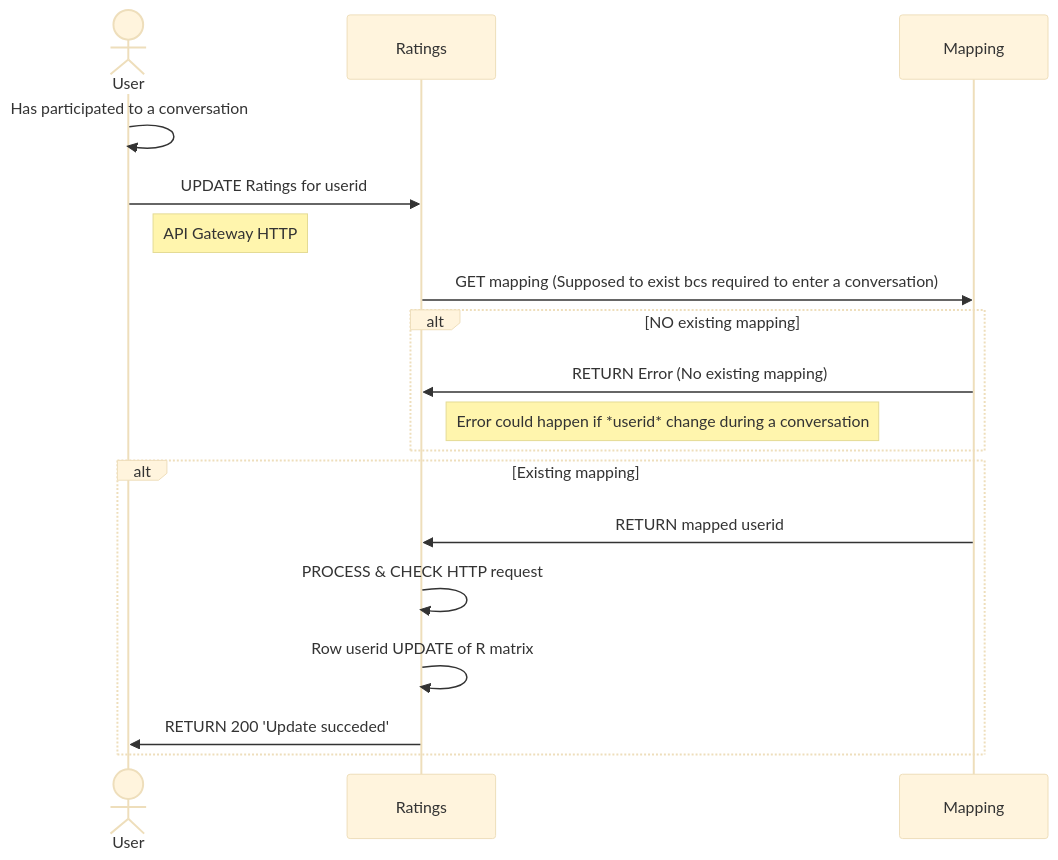
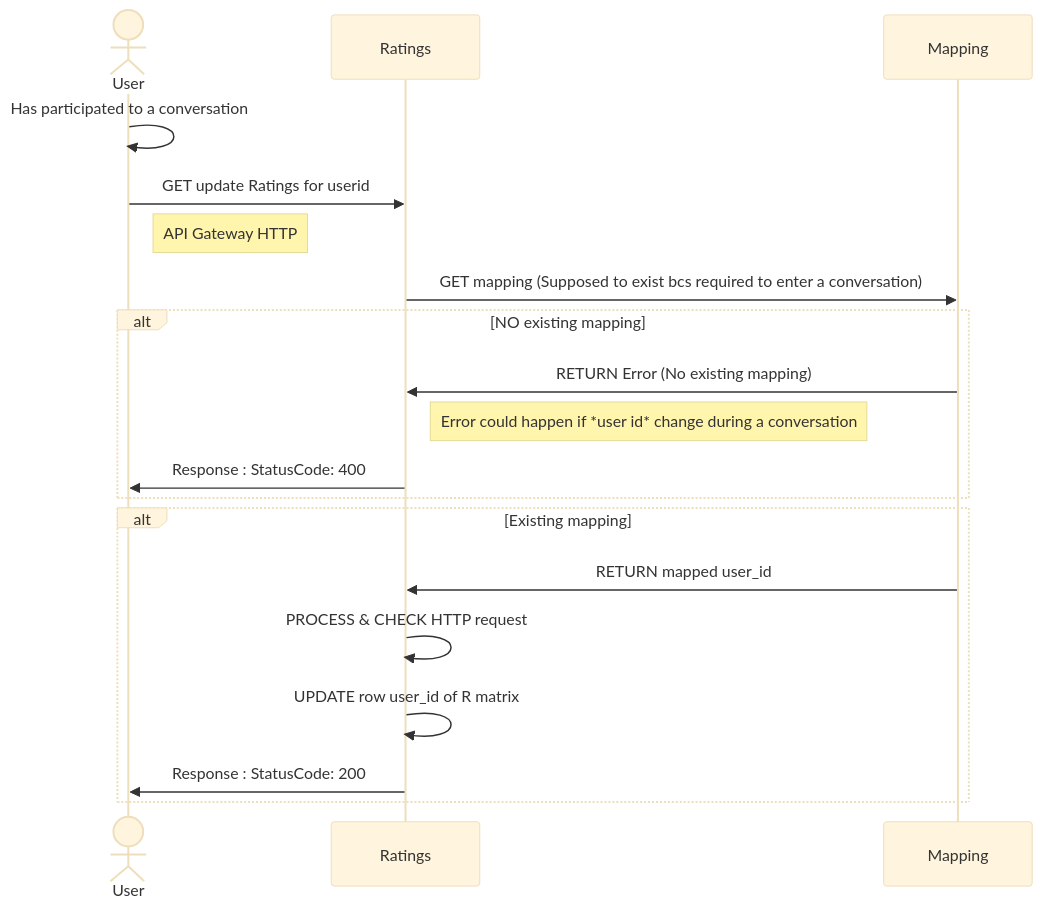
One commit to AdrKacz/super-duper-guacamole changed the second of 3 diagrams in recommender-system/README.md. Above: the diagram before and after it, drawn with Mermaid (base theme). The commit also changed other lines of this file, not shown here.

````diff
--- a/recommender-system/README.md
+++ b/recommender-system/README.md
@@ -45,21 +45,22 @@
 ```mermaid
 sequenceDiagram
       actor User as User
       participant R as Ratings
       participant m as Mapping
       User ->> User: Has participated to a conversation
-      User ->> R: UPDATE Ratings for userid
+      User ->> R: GET update Ratings for userid
       Note right of User: API Gateway HTTP
       R ->> m: GET mapping (Supposed to exist bcs required to enter a conversation)
       alt NO existing mapping
       m ->> R: RETURN Error (No existing mapping)
-      Note right of R: Error could happen if *userid* change during a conversation
+      Note right of R: Error could happen if *user id* change during a conversation
+      R ->> User: Response : StatusCode: 400
       end
 
       alt Existing mapping
-      m ->> R: RETURN mapped userid
+      m ->> R: RETURN mapped user_id
       R ->> R: PROCESS & CHECK HTTP request
-      R ->> R: Row userid UPDATE of R matrix
-      R ->> User: RETURN 200 'Update succeded'
+      R ->> R: UPDATE row user_id of R matrix
+      R ->> User: Response : StatusCode: 200
       end
 ```
````
